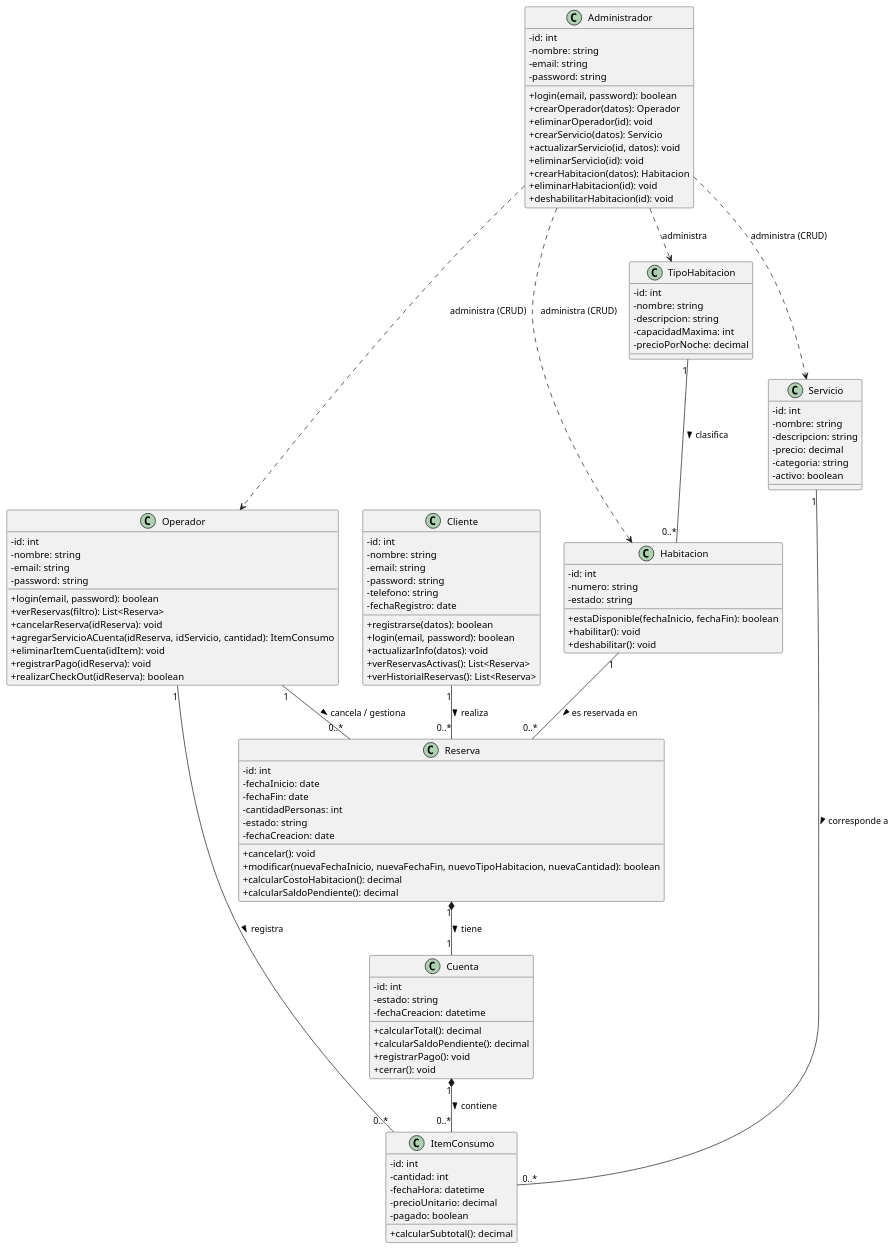
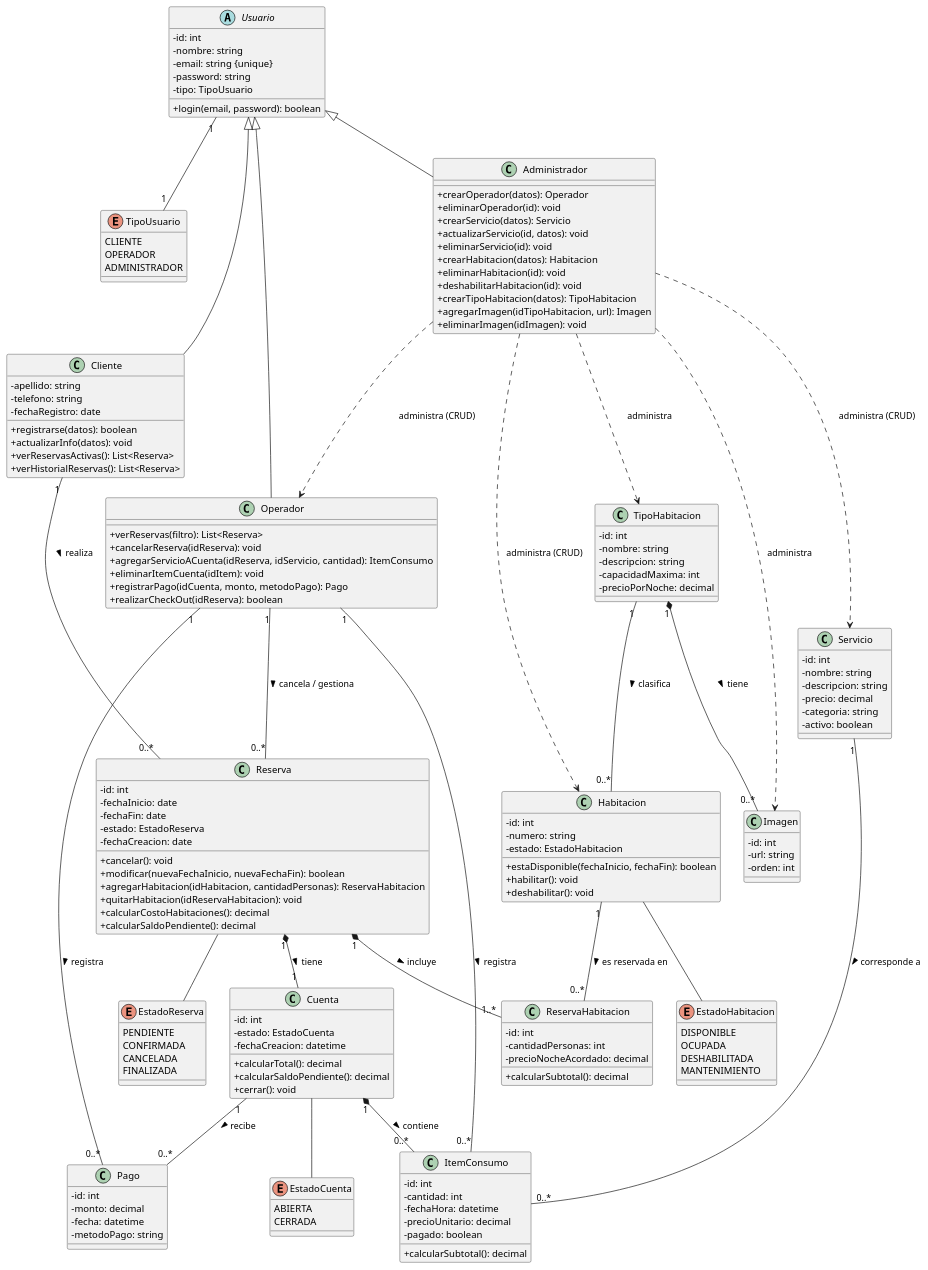
The diagram in Docs/diagrama_clases_hotel.puml (Jose-Villarroel/TheRoyale), drawn with PlantUML before and after one commit. The commit also changed 1 other file, not shown here.

Commit message:
Update class and ER diagrams for TheRoyale: add enums for reservation, room, account states; enhance user and room classes; introduce image management.

```diff
--- a/Docs/diagrama_clases_hotel.puml
+++ b/Docs/diagrama_clases_hotel.puml
@@ -1,129 +1,181 @@
-@startuml DiagramaClasesHotelAlcaravan
-
+@startuml DiagramaClasesTheRoyale
 skinparam classAttributeIconSize 0
 
-class Cliente {
+enum EstadoReserva {
+  PENDIENTE
+  CONFIRMADA
+  CANCELADA
+  FINALIZADA
+}
+
+enum EstadoHabitacion {
+  DISPONIBLE
+  OCUPADA
+  DESHABILITADA
+  MANTENIMIENTO
+}
+
+enum EstadoCuenta {
+  ABIERTA
+  CERRADA
+}
+
+enum TipoUsuario {
+  CLIENTE
+  OPERADOR
+  ADMINISTRADOR
+}
+
+abstract class Usuario {
   -id: int
   -nombre: string
-  -email: string
+  -email: string {unique}
   -password: string
+  -tipo: TipoUsuario
+  +login(email, password): boolean
+}
+
+class Cliente extends Usuario {
+  -apellido: string
   -telefono: string
   -fechaRegistro: date
   +registrarse(datos): boolean
-  +login(email, password): boolean
   +actualizarInfo(datos): void
   +verReservasActivas(): List<Reserva>
   +verHistorialReservas(): List<Reserva>
 }
 
-class Operador {
-  -id: int
-  -nombre: string
-  -email: string
-  -password: string
-  +login(email, password): boolean
+class Operador extends Usuario {
   +verReservas(filtro): List<Reserva>
   +cancelarReserva(idReserva): void
   +agregarServicioACuenta(idReserva, idServicio, cantidad): ItemConsumo
   +eliminarItemCuenta(idItem): void
-  +registrarPago(idReserva): void
+  +registrarPago(idCuenta, monto, metodoPago): Pago
   +realizarCheckOut(idReserva): boolean
 }
 
-class Administrador {
-  -id: int
-  -nombre: string
-  -email: string
-  -password: string
-  +login(email, password): boolean
+class Administrador extends Usuario {
   +crearOperador(datos): Operador
   +eliminarOperador(id): void
   +crearServicio(datos): Servicio
   +actualizarServicio(id, datos): void
   +eliminarServicio(id): void
   +crearHabitacion(datos): Habitacion
   +eliminarHabitacion(id): void
   +deshabilitarHabitacion(id): void
+  +crearTipoHabitacion(datos): TipoHabitacion
+  +agregarImagen(idTipoHabitacion, url): Imagen
+  +eliminarImagen(idImagen): void
 }
+
+Usuario "1" -- "1" TipoUsuario
 
 class TipoHabitacion {
   -id: int
   -nombre: string
   -descripcion: string
   -capacidadMaxima: int
   -precioPorNoche: decimal
 }
 
+class Imagen {
+  -id: int
+  -url: string
+  -orden: int
+}
+
 class Habitacion {
   -id: int
   -numero: string
-  -estado: string
+  -estado: EstadoHabitacion
   +estaDisponible(fechaInicio, fechaFin): boolean
   +habilitar(): void
   +deshabilitar(): void
 }
 
 class Reserva {
   -id: int
   -fechaInicio: date
   -fechaFin: date
-  -cantidadPersonas: int
-  -estado: string
+  -estado: EstadoReserva
   -fechaCreacion: date
   +cancelar(): void
-  +modificar(nuevaFechaInicio, nuevaFechaFin, nuevoTipoHabitacion, nuevaCantidad): boolean
-  +calcularCostoHabitacion(): decimal
+  +modificar(nuevaFechaInicio, nuevaFechaFin): boolean
+  +agregarHabitacion(idHabitacion, cantidadPersonas): ReservaHabitacion
+  +quitarHabitacion(idReservaHabitacion): void
+  +calcularCostoHabitaciones(): decimal
   +calcularSaldoPendiente(): decimal
+}
+
+class ReservaHabitacion {
+  -id: int
+  -cantidadPersonas: int
+  -precioNocheAcordado: decimal
+  +calcularSubtotal(): decimal
 }
 
 class Cuenta {
   -id: int
-  -estado: string
+  -estado: EstadoCuenta
   -fechaCreacion: datetime
   +calcularTotal(): decimal
   +calcularSaldoPendiente(): decimal
-  +registrarPago(): void
   +cerrar(): void
+}
+
+class Pago {
+  -id: int
+  -monto: decimal
+  -fecha: datetime
+  -metodoPago: string
 }
 
 class Servicio {
   -id: int
   -nombre: string
   -descripcion: string
   -precio: decimal
   -categoria: string
   -activo: boolean
 }
 
 class ItemConsumo {
   -id: int
   -cantidad: int
   -fechaHora: datetime
   -precioUnitario: decimal
   -pagado: boolean
   +calcularSubtotal(): decimal
 }
 
 ' ---- Relaciones ----
 Cliente "1" -- "0..*" Reserva : realiza >
 
 TipoHabitacion "1" -- "0..*" Habitacion : clasifica >
+TipoHabitacion "1" *-- "0..*" Imagen : tiene >
 
-Habitacion "1" -- "0..*" Reserva : es reservada en >
+Reserva "1" *-- "1..*" ReservaHabitacion : incluye >
+Habitacion "1" -- "0..*" ReservaHabitacion : es reservada en >
 
 Reserva "1" *-- "1" Cuenta : tiene >
 
 Cuenta "1" *-- "0..*" ItemConsumo : contiene >
+Cuenta "1" -- "0..*" Pago : recibe >
 
 Servicio "1" -- "0..*" ItemConsumo : corresponde a >
 
 Operador "1" -- "0..*" ItemConsumo : registra >
-
+Operador "1" -- "0..*" Pago : registra >
 Operador "1" -- "0..*" Reserva : cancela / gestiona >
 
 Administrador ..> Operador : administra (CRUD)
 Administrador ..> Servicio : administra (CRUD)
 Administrador ..> Habitacion : administra (CRUD)
 Administrador ..> TipoHabitacion : administra
+Administrador ..> Imagen : administra
+
+Habitacion -- EstadoHabitacion
+Reserva -- EstadoReserva
+Cuenta -- EstadoCuenta
 
 @enduml
```
